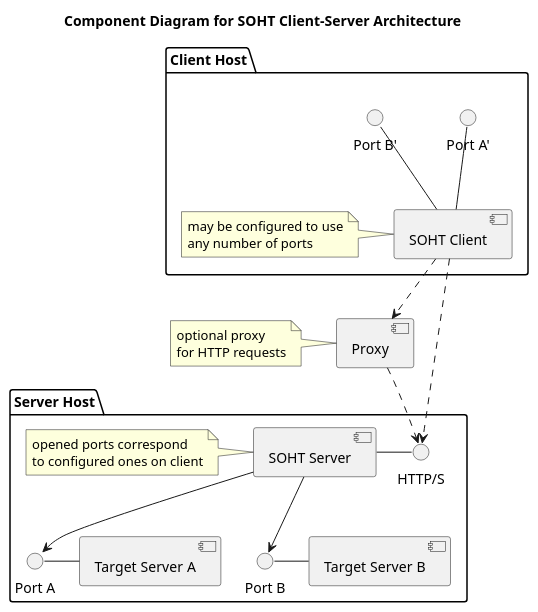
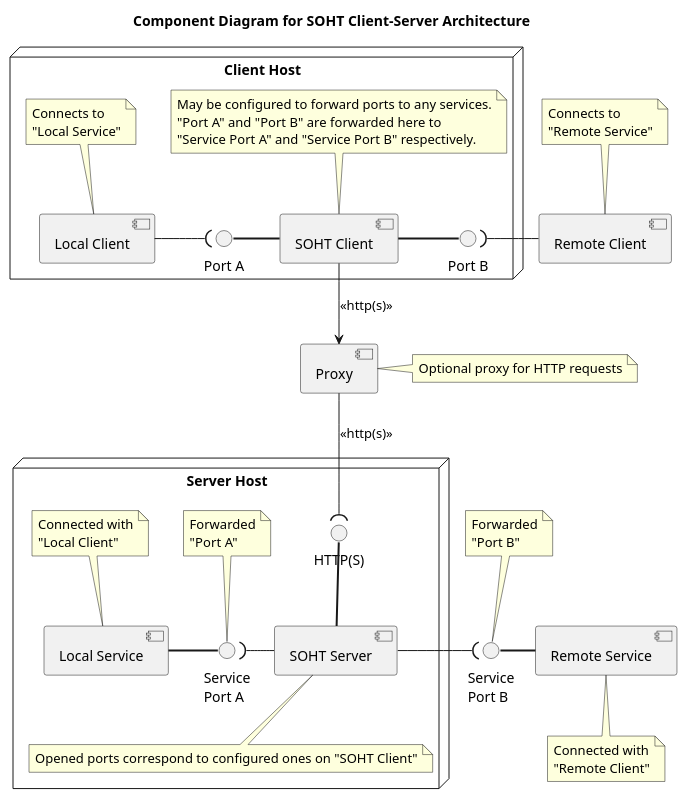
Before and after one commit to domax/soht2: the diagram in doc/components.puml, drawn with PlantUML. The commit also changed 1 other file, not shown here.

Commit message:
feat(doc): refine UML diagrams for clarity; improve component and sequence diagram details

```diff
--- a/doc/components.puml
+++ b/doc/components.puml
@@ -1,29 +1,89 @@
 @startuml
 'https://plantuml.com/component-diagram
 title Component Diagram for SOHT Client-Server Architecture
 
-package "Client Host" {
-  "Port A'" -- [SOHT Client]
-  "Port B'" -- [SOHT Client]
-  note left of [SOHT Client]: may be configured to use\nany number of ports
+'------------------------------------------------------------------------------
+' Client Host
+node "Client Host" {
+  interface "Port A" as CPA
+  interface "Port B" as CPB
+
+  component "Local Client" as CA
+  note top of CA {
+    Connects to
+    "Local Service"
+  }
+
+  component "SOHT Client" as SOHTC
+  note top of SOHTC {
+   May be configured to forward ports to any services.
+   "Port A" and "Port B" are forwarded here to
+   "Service Port A" and "Service Port B" respectively.
+  }
+
+  CPA = SOHTC
+  SOHTC = CPB
+
+  CA -( CPA
 }
 
-package "Server Host" {
-  [SOHT Server] - "HTTP/S"
+'------------------------------------------------------------------------------
+' Remote Client
+component "Remote Client" as CB
+note top of CB {
+  Connects to
+  "Remote Service"
+}
+CPB )- CB
 
-  "Port A" - [Target Server A]
-  [SOHT Server] --> "Port A"
+'------------------------------------------------------------------------------
+' Server Host
+node "Server Host" {
+  interface "HTTP(S)" as HTTPS
 
-  "Port B" - [Target Server B]
-  [SOHT Server] --> "Port B"
+  interface "Service\nPort A" as SPA
+  note top of SPA {
+    Forwarded
+    "Port A"
+  }
 
-  note left of [SOHT Server]: opened ports correspond\nto configured ones on client
+  component "Local Service" as SA
+  note top of SA {
+    Connected with
+    "Local Client"
+  }
+
+  component "SOHT Server" as SOHTS
+  note bottom of SOHTS {
+    Opened ports correspond to configured ones on "SOHT Client"
+  }
+
+  HTTPS == SOHTS
+  SA = SPA
+  SPA )- SOHTS
 }
 
-[SOHT Client] ..> "HTTP/S"
-[SOHT Client] ..> [Proxy]
-[Proxy] ..> "HTTP/S"
+'------------------------------------------------------------------------------
+' Remote Service
+interface "Service\nPort B" as SPB
+note top of SPB {
+  Forwarded
+  "Port B"
+}
+component "Remote Service" as SB
+note bottom of SB {
+  Connected with
+  "Remote Client"
+}
+SPB = SB
+SOHTS -( SPB
 
-note left of Proxy: optional proxy\nfor HTTP requests
+'------------------------------------------------------------------------------
+' Proxy
+SOHTC --> [Proxy]: <<http(s)>>
+[Proxy] --( HTTPS: <<http(s)>>
+note right of Proxy {
+  Optional proxy for HTTP requests
+}
 
 @enduml
```
